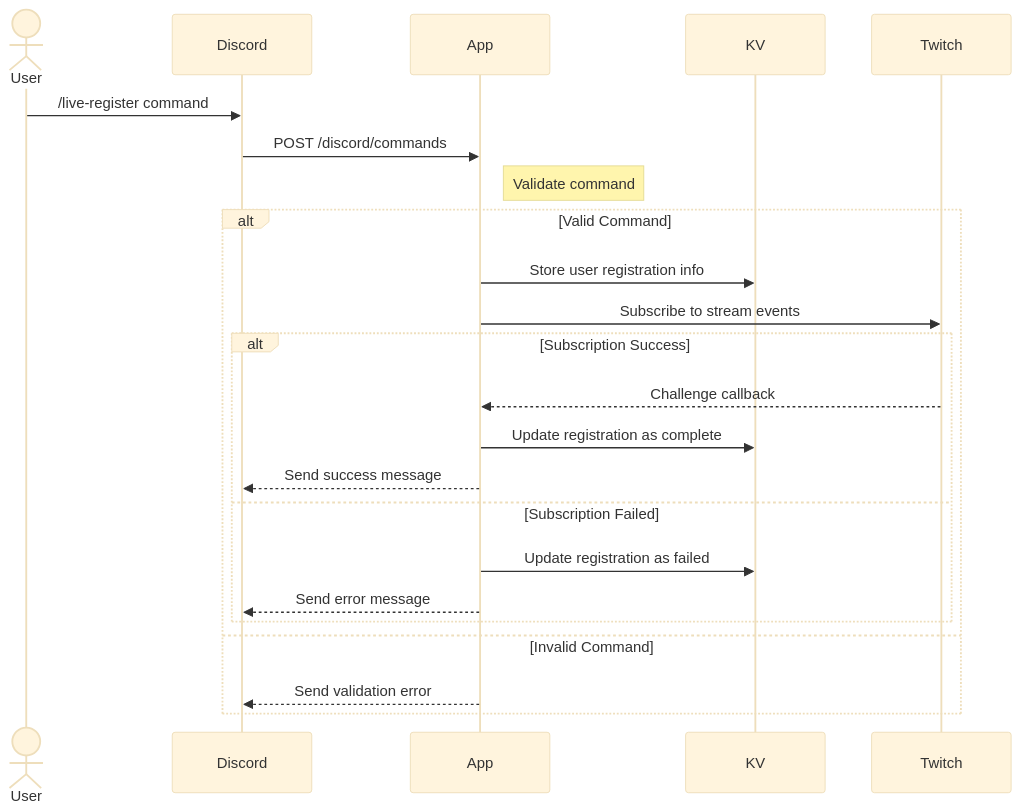
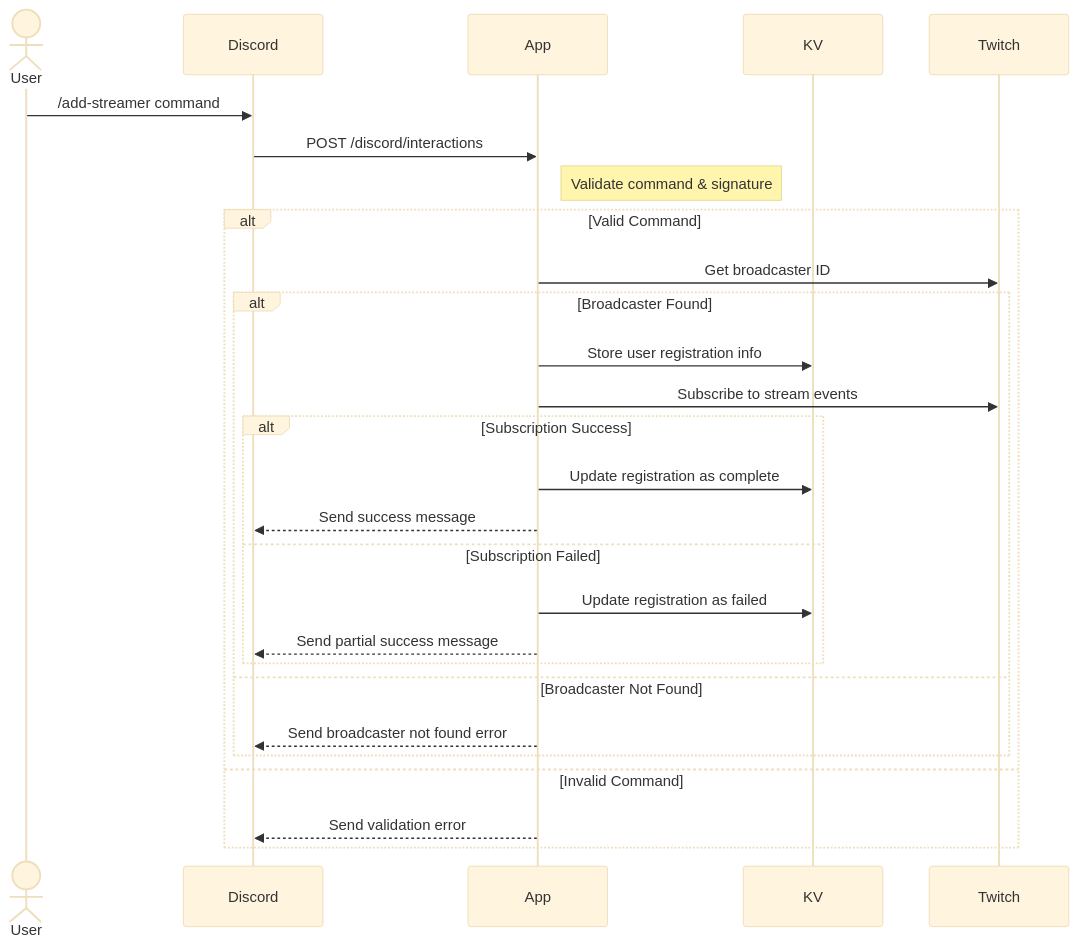
Before and after one commit to AquiTCD/live-noti-fire: the first of 2 diagrams in README.md, drawn with Mermaid (base theme). The commit also changed other lines of this file, not shown here.

````diff
--- a/README.md
+++ b/README.md
@@ -132,29 +170,35 @@
 ```mermaid
 sequenceDiagram
     actor User
     participant Discord
     participant App
     participant KV
     participant Twitch
 
-    User->>Discord: /live-register command
-    Discord->>App: POST /discord/commands
-    Note right of App: Validate command
+    User->>Discord: /add-streamer command
+    Discord->>App: POST /discord/interactions
+    Note right of App: Validate command & signature
 
     alt Valid Command
-        App->>KV: Store user registration info
-        App->>Twitch: Subscribe to stream events
+        App->>Twitch: Get broadcaster ID
 
-        alt Subscription Success
-            Twitch-->>App: Challenge callback
-            App->>KV: Update registration as complete
-            App-->>Discord: Send success message
-        else Subscription Failed
-            App->>KV: Update registration as failed
-            App-->>Discord: Send error message
+        alt Broadcaster Found
+            App->>KV: Store user registration info
+            App->>Twitch: Subscribe to stream events
+
+            alt Subscription Success
+                App->>KV: Update registration as complete
+                App-->>Discord: Send success message
+            else Subscription Failed
+                App->>KV: Update registration as failed
+                App-->>Discord: Send partial success message
+            end
+
+        else Broadcaster Not Found
+            App-->>Discord: Send broadcaster not found error
         end
 
     else Invalid Command
         App-->>Discord: Send validation error
     end
 ```
````
